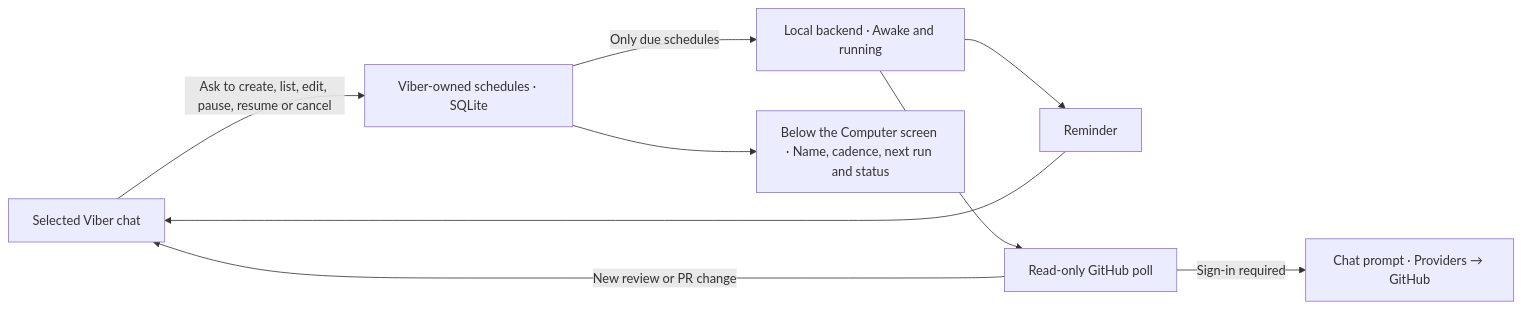
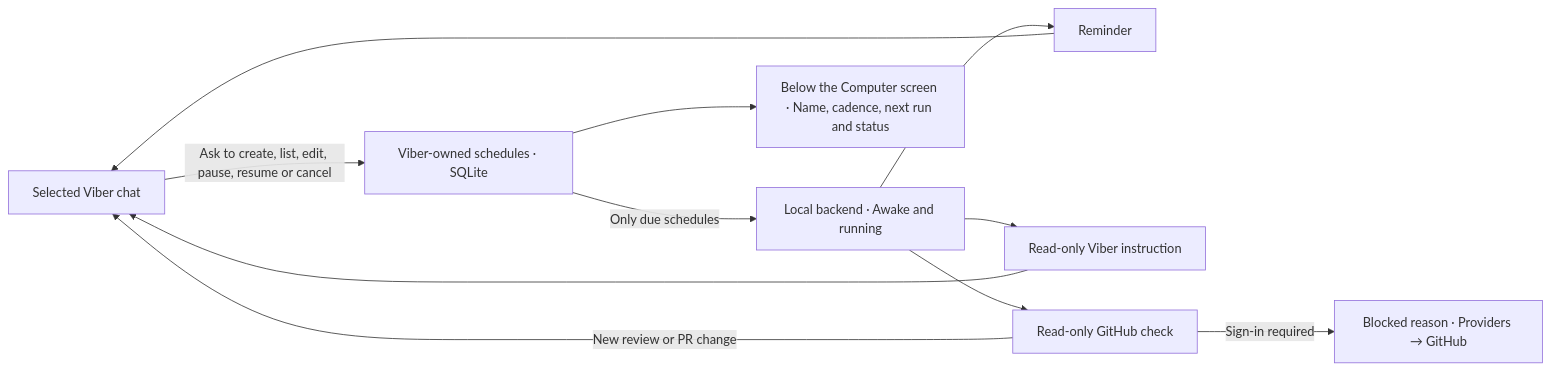
The sixth of 6 diagrams in FEATUREMAP.md (akshajrawat/akkco-vibestar), drawn with Mermaid before and after one commit. The commit also changed 29 other files, not shown here.

Commit message:
feat(vibers): add chat-managed Viber schedules

````diff
--- a/FEATUREMAP.md
+++ b/FEATUREMAP.md
@@ -223,11 +223,13 @@
 ```mermaid
 flowchart LR
     Chat["Selected Viber chat"] -->|Ask to create, list, edit, pause, resume or cancel| Schedules["Viber-owned schedules · SQLite"]
     Schedules -->|Only due schedules| Backend["Local backend · Awake and running"]
     Backend --> Reminder["Reminder"]
-    Backend --> Watch["Read-only GitHub poll"]
+    Backend --> Instruction["Read-only Viber instruction"]
+    Backend --> Watch["Read-only GitHub check"]
+    Instruction --> Chat
     Watch -->|New review or PR change| Chat
-    Watch -->|Sign-in required| Providers["Chat prompt · Providers → GitHub"]
+    Watch -->|Sign-in required| Providers["Blocked reason · Providers → GitHub"]
     Reminder --> Chat
     Schedules --> Panel["Below the Computer screen · Name, cadence, next run and status"]
 ```
````
